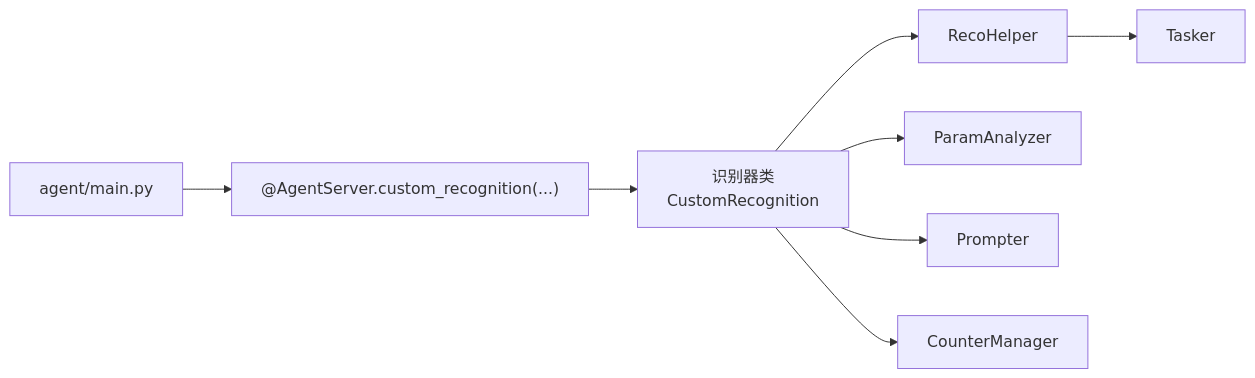
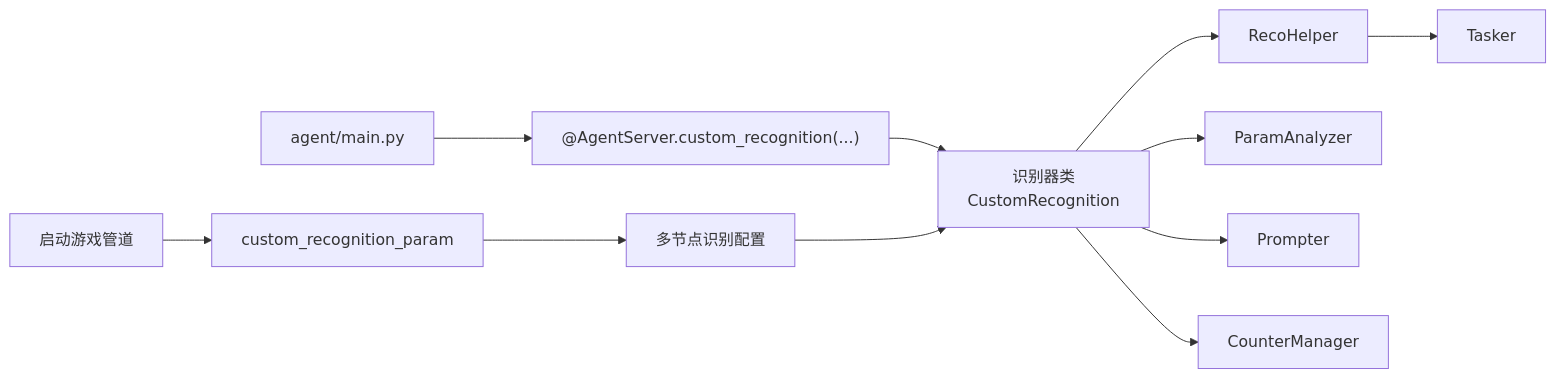
The seventh of 7 diagrams in .qoder/repowiki/zh/content/开发者指南/自定义模块开发/自定义识别与操作开发/自定义识别器开发.md (kqcoxn/MaaDuDuL), drawn with Mermaid before and after one commit. The commit also changed other lines of this file and 5 other files, not shown here.

````diff
--- a/.qoder/repowiki/zh/content/开发者指南/自定义模块开发/自定义识别与操作开发/自定义识别器开发.md
+++ b/.qoder/repowiki/zh/content/开发者指南/自定义模块开发/自定义识别与操作开发/自定义识别器开发.md
@@ -272,10 +327,13 @@
 ```mermaid
 graph LR
 A["agent/main.py"] --> B["@AgentServer.custom_recognition(...)"]
 B --> C["识别器类<br/>CustomRecognition"]
 C --> D["RecoHelper"]
 C --> E["ParamAnalyzer"]
 C --> F["Prompter"]
 C --> G["CounterManager"]
 D --> H["Tasker"]
+I["启动游戏管道"] --> J["custom_recognition_param"]
+J --> K["多节点识别配置"]
+K --> C
 ```
````
